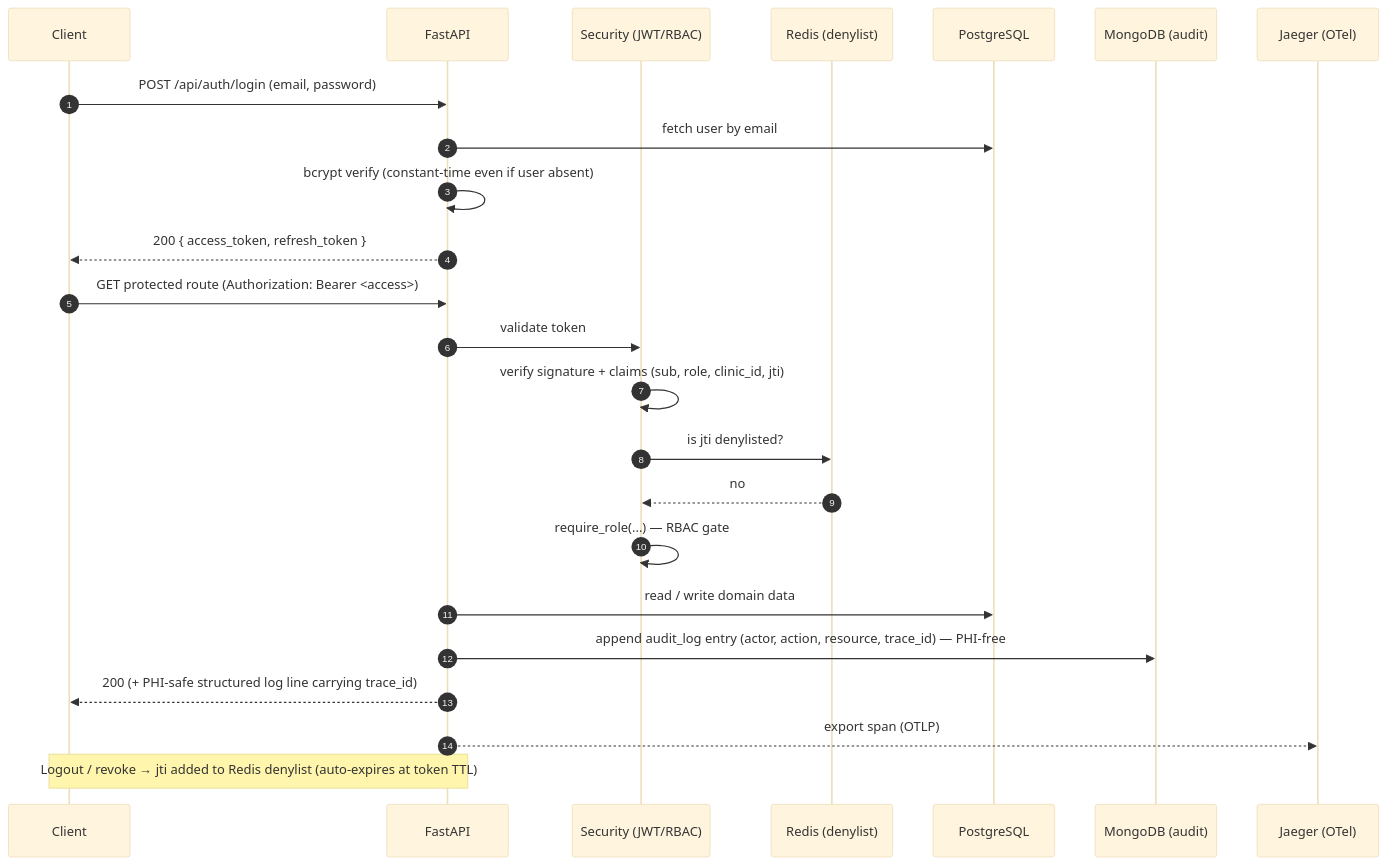
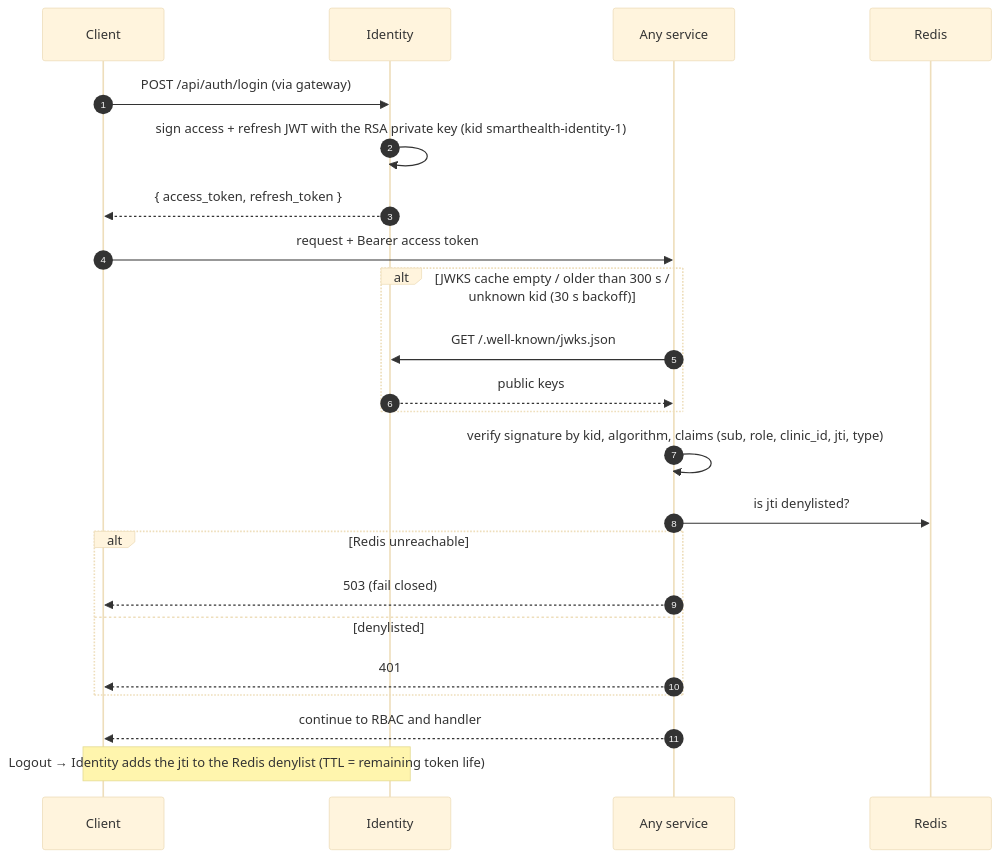
The fourth of 5 diagrams in docs/architecture.md (umarEmumba/smarthealth), drawn with Mermaid (base theme) before and after one commit. The commit also changed other lines of this file and 1 other file, not shown here.

First line of the commit message:
docs(01.1-10): architecture docs for the six-service platform

````diff
--- a/docs/architecture.md
+++ b/docs/architecture.md
@@ -89,29 +207,28 @@
 ```mermaid
 sequenceDiagram
     autonumber
     participant U as Client
-    participant API as FastAPI
-    participant SEC as Security (JWT/RBAC)
-    participant RD as Redis (denylist)
-    participant PG as PostgreSQL
-    participant MG as MongoDB (audit)
-    participant JG as Jaeger (OTel)
+    participant ID as Identity
+    participant SVC as Any service
+    participant RD as Redis
 
-    U->>API: POST /api/auth/login (email, password)
-    API->>PG: fetch user by email
-    API->>API: bcrypt verify (constant-time even if user absent)
-    API-->>U: 200 { access_token, refresh_token }
+    U->>ID: POST /api/auth/login (via gateway)
+    ID->>ID: sign access + refresh JWT with the RSA private key (kid smarthealth-identity-1)
+    ID-->>U: { access_token, refresh_token }
 
-    U->>API: GET protected route (Authorization: Bearer <access>)
-    API->>SEC: validate token
-    SEC->>SEC: verify signature + claims (sub, role, clinic_id, jti)
-    SEC->>RD: is jti denylisted?
-    RD-->>SEC: no
-    SEC->>SEC: require_role(...) — RBAC gate
-    API->>PG: read / write domain data
-    API->>MG: append audit_log entry (actor, action, resource, trace_id) — PHI-free
-    API-->>U: 200 (+ PHI-safe structured log line carrying trace_id)
-    API-->>JG: export span (OTLP)
+    U->>SVC: request + Bearer access token
+    alt JWKS cache empty / older than 300 s / unknown kid (30 s backoff)
+        SVC->>ID: GET /.well-known/jwks.json
+        ID-->>SVC: public keys
+    end
+    SVC->>SVC: verify signature by kid, algorithm, claims (sub, role, clinic_id, jti, type)
+    SVC->>RD: is jti denylisted?
+    alt Redis unreachable
+        SVC-->>U: 503 (fail closed)
+    else denylisted
+        SVC-->>U: 401
+    end
+    SVC-->>U: continue to RBAC and handler
 
-    Note over U,API: Logout / revoke → jti added to Redis denylist (auto-expires at token TTL)
+    Note over U,ID: Logout → Identity adds the jti to the Redis denylist (TTL = remaining token life)
 ```
````
